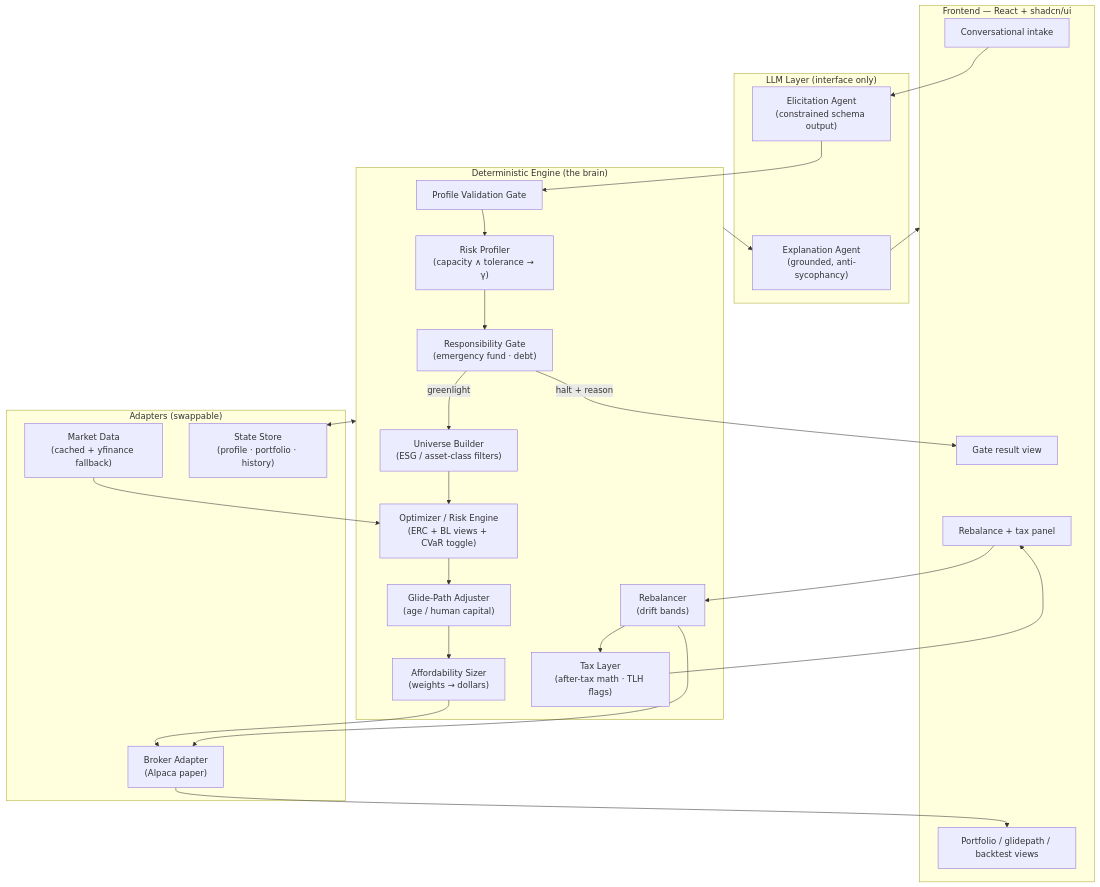
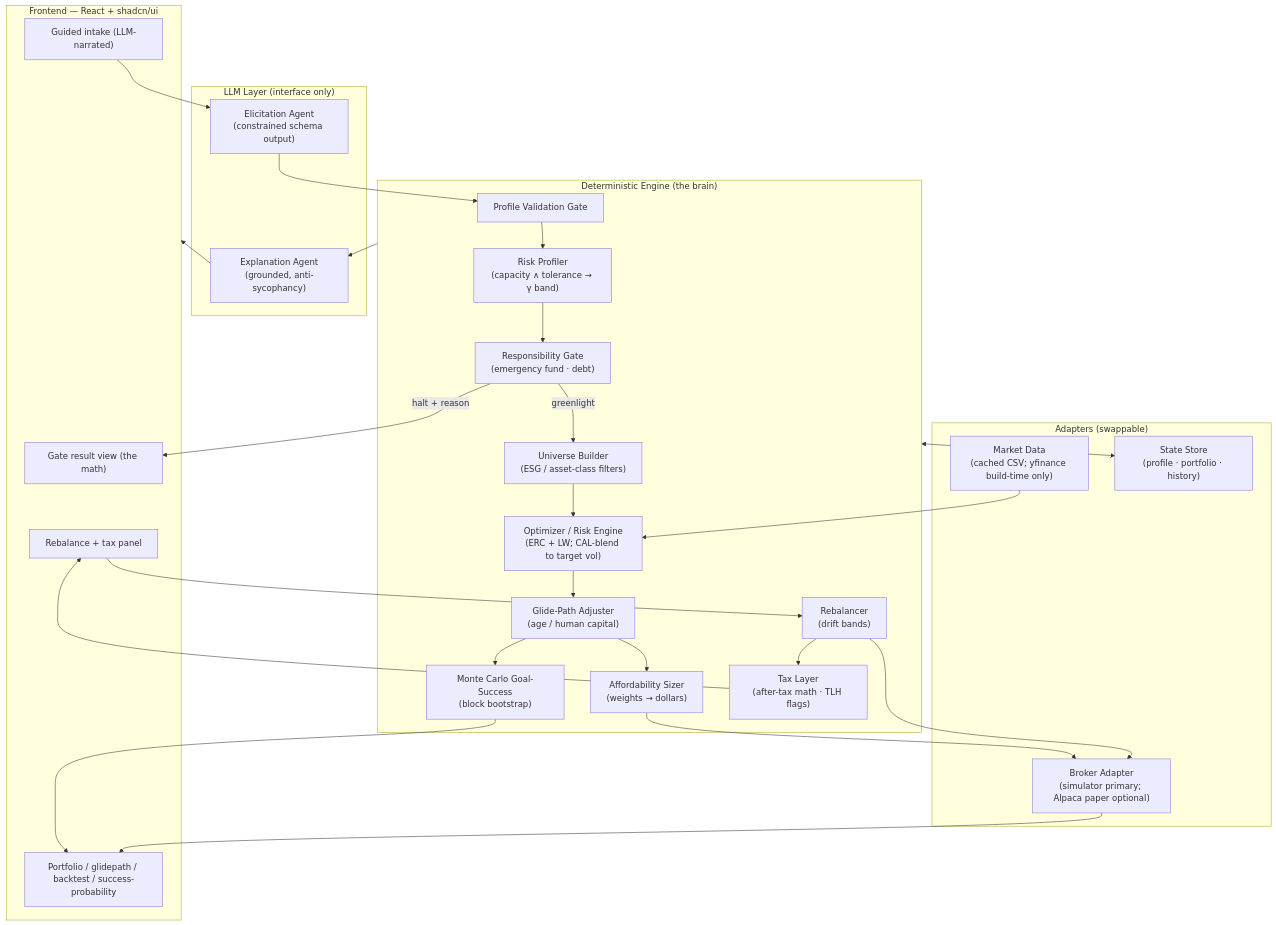
One commit to ereinha3/mallard-management changed the first of 2 diagrams in docs/greenlight/01-e2e-design.md. Above: the diagram before and after it, drawn with Mermaid. The commit also changed other lines of this file and 4 other files, not shown here.

Commit message:
Revise Greenlight design to v2: Focused-MVP scope, corrected risk-engine math, Monte Carlo goal-success layer, riskfolio-lib, honest backtest, build+demo doc

````diff
--- a/docs/greenlight/01-e2e-design.md
+++ b/docs/greenlight/01-e2e-design.md
@@ -27,43 +30,45 @@
 ```mermaid
 flowchart TD
     subgraph Client["Frontend — React + shadcn/ui"]
-        UI_Chat["Conversational intake"]
-        UI_Gate["Gate result view"]
-        UI_Port["Portfolio / glidepath / backtest views"]
+        UI_Chat["Guided intake (LLM-narrated)"]
+        UI_Gate["Gate result view (the math)"]
+        UI_Port["Portfolio / glidepath / backtest / success-probability"]
         UI_Rebal["Rebalance + tax panel"]
     end
 
     subgraph Edge["LLM Layer (interface only)"]
         Elicit["Elicitation Agent<br/>(constrained schema output)"]
         Narrate["Explanation Agent<br/>(grounded, anti-sycophancy)"]
     end
 
     subgraph Engine["Deterministic Engine (the brain)"]
         Validate["Profile Validation Gate"]
-        Profile["Risk Profiler<br/>(capacity ∧ tolerance → γ)"]
+        Profile["Risk Profiler<br/>(capacity ∧ tolerance → γ band)"]
         RGate["Responsibility Gate<br/>(emergency fund · debt)"]
         Universe["Universe Builder<br/>(ESG / asset-class filters)"]
-        Opt["Optimizer / Risk Engine<br/>(ERC + BL views + CVaR toggle)"]
+        Opt["Optimizer / Risk Engine<br/>(ERC + LW; CAL-blend to target vol)"]
         Glide["Glide-Path Adjuster<br/>(age / human capital)"]
+        MC["Monte Carlo Goal-Success<br/>(block bootstrap)"]
         Size["Affordability Sizer<br/>(weights → dollars)"]
         Rebal["Rebalancer<br/>(drift bands)"]
         Tax["Tax Layer<br/>(after-tax math · TLH flags)"]
     end
 
     subgraph External["Adapters (swappable)"]
-        Broker["Broker Adapter<br/>(Alpaca paper)"]
-        Prices["Market Data<br/>(cached + yfinance fallback)"]
+        Broker["Broker Adapter<br/>(simulator primary; Alpaca paper optional)"]
+        Prices["Market Data<br/>(cached CSV; yfinance build-time only)"]
         Store["State Store<br/>(profile · portfolio · history)"]
     end
 
     UI_Chat --> Elicit --> Validate --> Profile
     Profile --> RGate
     RGate -->|halt + reason| UI_Gate
     RGate -->|greenlight| Universe --> Opt --> Glide --> Size --> Broker
+    Glide --> MC --> UI_Port
     Prices --> Opt
     Broker --> UI_Port
     UI_Rebal --> Rebal --> Broker
     Rebal --> Tax --> UI_Rebal
     Engine --> Narrate --> Client
     Engine <--> Store
 ```
````
